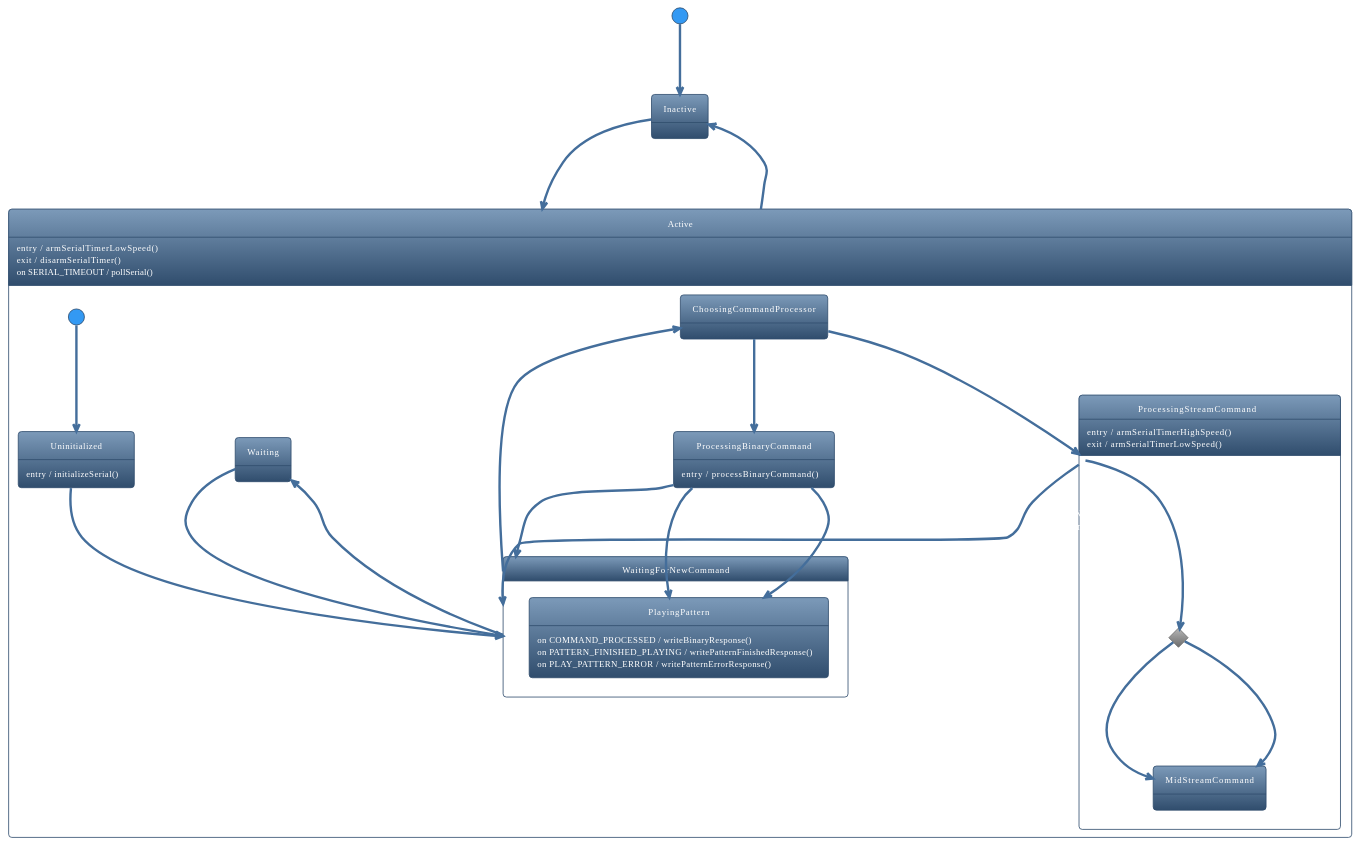
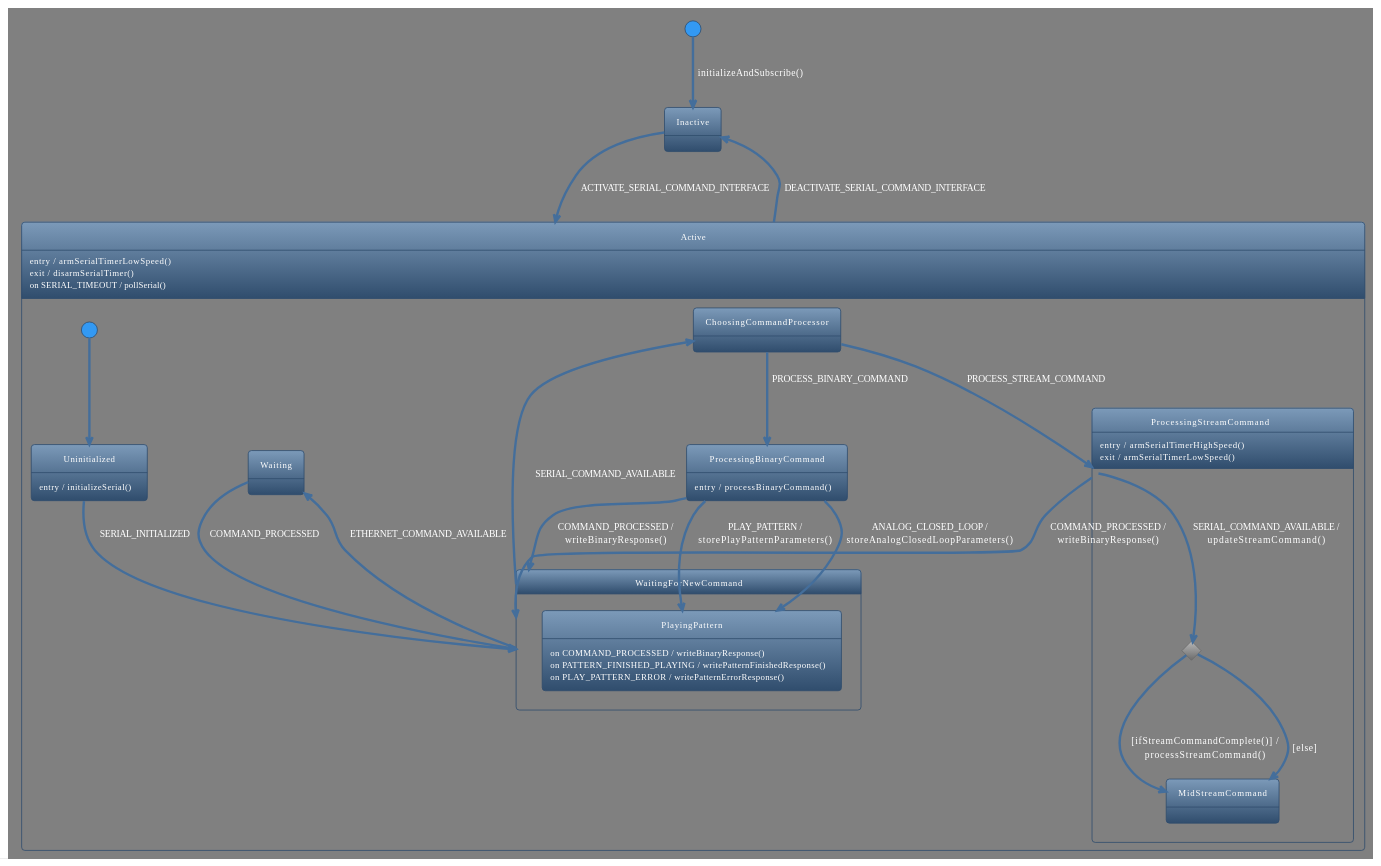
Before and after one commit to janelia-arduino/ArenaController: the second of 3 diagrams in README.org, drawn with PlantUML. The commit also changed other lines of this file and 3 other files, not shown here.

```diff
--- a/README.org
+++ b/README.org
@@ -187,53 +188,54 @@
 #+BEGIN_SRC plantuml :file ./documentation/images/state-diagram-serial-command-interface.png :results none
 @startuml
 !theme spacelab
+skinparam backgroundColor #808080
 state Inactive {
 }
 [*] --> Inactive : initializeAndSubscribe()
 state Active {
   Active : entry / armSerialTimerLowSpeed()
   Active : exit / disarmSerialTimer()
   Active : on SERIAL_TIMEOUT / pollSerial()
   state Uninitialized {
     Uninitialized : entry / initializeSerial()
   }
   [*] --> Uninitialized
   state WaitingForNewCommand {
     state PlayingPattern {
       PlayingPattern : on COMMAND_PROCESSED / writeBinaryResponse()
       PlayingPattern : on PATTERN_FINISHED_PLAYING / writePatternFinishedResponse()
       PlayingPattern : on PLAY_PATTERN_ERROR / writePatternErrorResponse()
     }
   }
   Uninitialized --> WaitingForNewCommand : SERIAL_INITIALIZED
   state Waiting {
   }
   WaitingForNewCommand --> Waiting : ETHERNET_COMMAND_AVAILABLE
   Waiting --> WaitingForNewCommand : COMMAND_PROCESSED
   state ChoosingCommandProcessor {
   }
   WaitingForNewCommand --> ChoosingCommandProcessor : SERIAL_COMMAND_AVAILABLE
   state ProcessingBinaryCommand {
     ProcessingBinaryCommand : entry / processBinaryCommand()
   }
   ChoosingCommandProcessor --> ProcessingBinaryCommand : PROCESS_BINARY_COMMAND
   ProcessingBinaryCommand --> PlayingPattern : PLAY_PATTERN /\nstorePlayPatternParameters()
   ProcessingBinaryCommand --> PlayingPattern : ANALOG_CLOSED_LOOP /\nstoreAnalogClosedLoopParameters()
   ProcessingBinaryCommand --> WaitingForNewCommand : COMMAND_PROCESSED /\nwriteBinaryResponse()
   state ProcessingStreamCommand {
     ProcessingStreamCommand : entry / armSerialTimerHighSpeed()
     ProcessingStreamCommand : exit / armSerialTimerLowSpeed()
     state c <<choice>>
     ProcessingStreamCommand --> c : SERIAL_COMMAND_AVAILABLE /\nupdateStreamCommand()
     state MidStreamCommand {
     }
     c --> MidStreamCommand : [ifStreamCommandComplete()] /\nprocessStreamCommand()
     c --> MidStreamCommand : [else]
   }
   ChoosingCommandProcessor --> ProcessingStreamCommand : PROCESS_STREAM_COMMAND
   ProcessingStreamCommand --> WaitingForNewCommand : COMMAND_PROCESSED /\nwriteBinaryResponse()
 }
 Inactive --> Active : ACTIVATE_SERIAL_COMMAND_INTERFACE
 Active --> Inactive : DEACTIVATE_SERIAL_COMMAND_INTERFACE
 @enduml
 #+END_SRC
```
